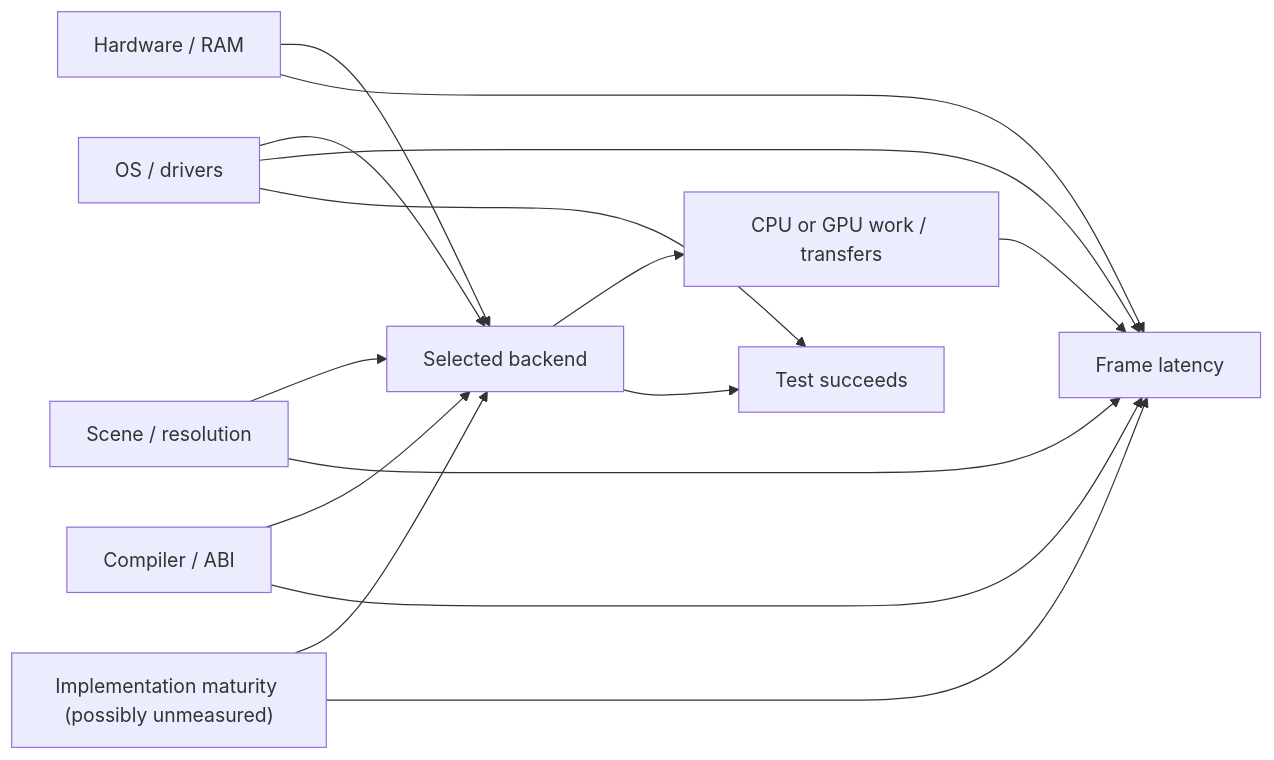
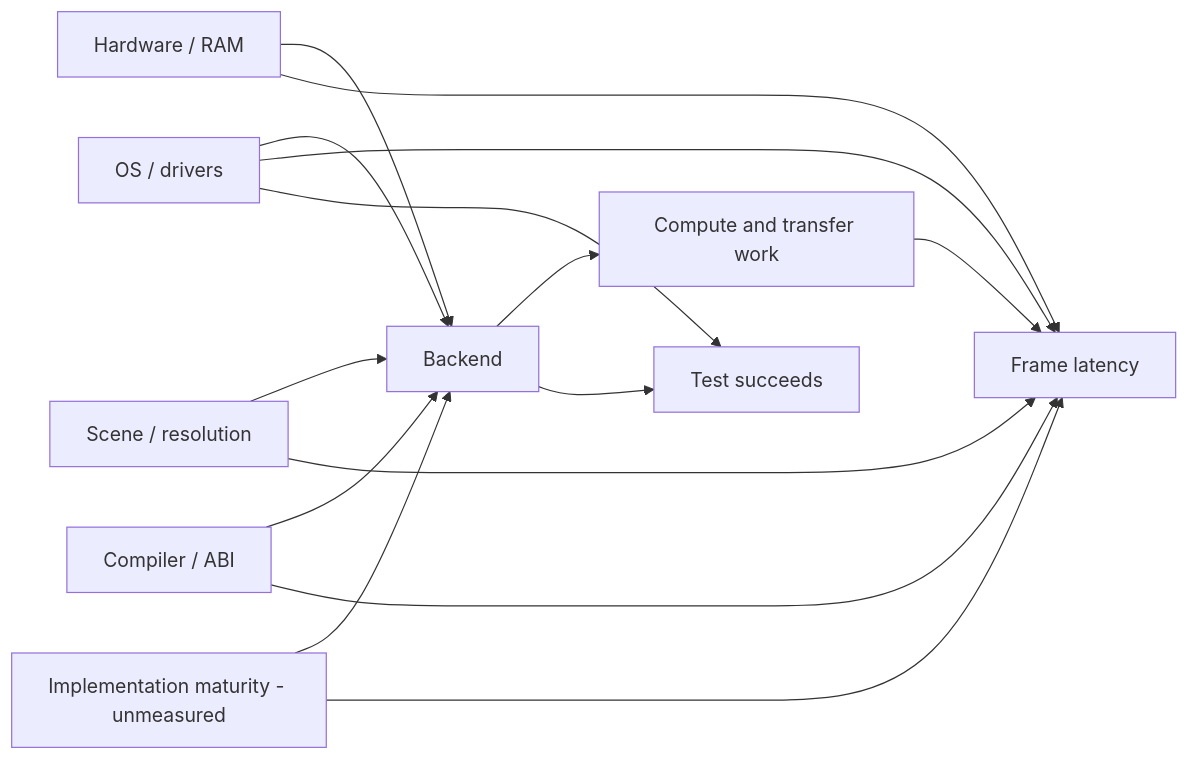
The diagram in docs/research/rendering-experiment-program.md (jackwillis/globe), drawn with Mermaid before and after one commit. The commit also changed other lines of this file and 1 other file, not shown here.

````diff
--- a/docs/research/rendering-experiment-program.md
+++ b/docs/research/rendering-experiment-program.md
@@ -29,17 +17,17 @@
 ```mermaid
 flowchart LR
-  H["Hardware / RAM"] --> T["Selected backend"]
-  H --> Y["Frame latency"]
-  O["OS / drivers"] --> T
+  H[Hardware / RAM] --> T[Backend]
+  H --> Y[Frame latency]
+  O[OS / drivers] --> T
   O --> Y
-  W["Scene / resolution"] --> T
+  W[Scene / resolution] --> T
   W --> Y
-  B["Compiler / ABI"] --> T
+  B[Compiler / ABI] --> T
   B --> Y
-  U["Implementation maturity (possibly unmeasured)"] --> T
+  U[Implementation maturity - unmeasured] --> T
   U --> Y
-  T --> C["CPU or GPU work / transfers"]
+  T --> C[Compute and transfer work]
   C --> Y
-  T --> S["Test succeeds"]
+  T --> S[Test succeeds]
   O --> S
 ```
````
